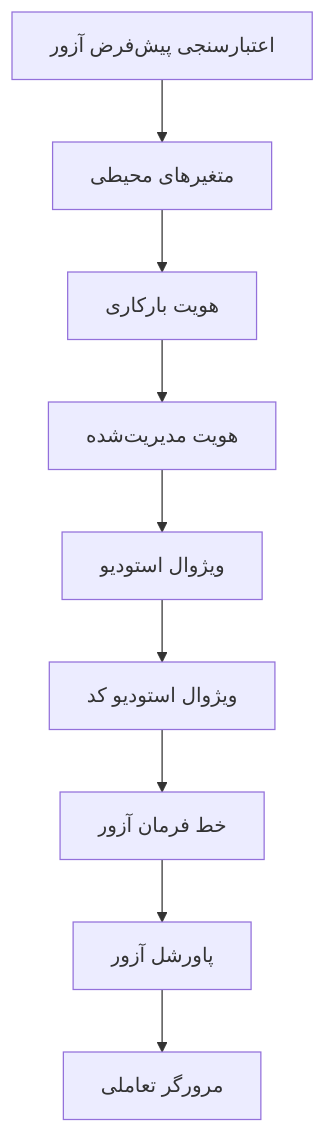
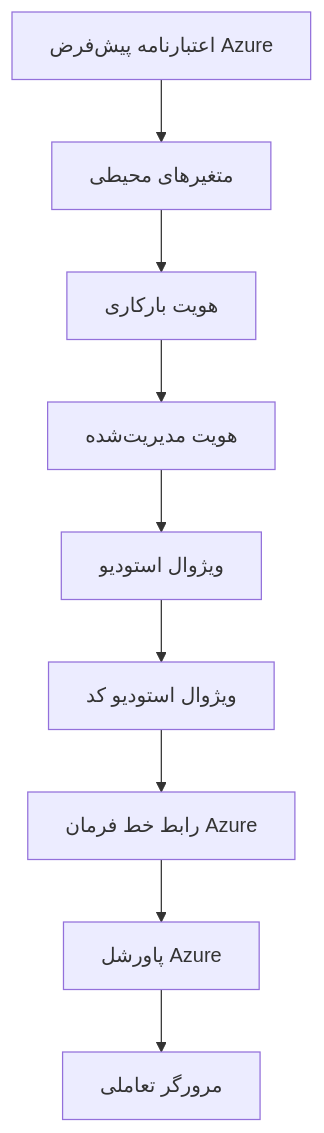
Before and after one commit to microsoft/AZD-for-beginners: the second of 2 diagrams in translations/fa/docs/chapter-01-foundation/azd-basics.md, drawn with Mermaid. The commit also changed other lines of this file and 101 other files, not shown here.

````diff
--- a/translations/fa/docs/chapter-01-foundation/azd-basics.md
+++ b/translations/fa/docs/chapter-01-foundation/azd-basics.md
@@ -558,11 +593,11 @@
 ```mermaid
 graph TD
-    A[اعتبارسنجی پیش‌فرض آزور] --> B[متغیرهای محیطی]
+    A[اعتبارنامه پیش‌فرض Azure] --> B[متغیرهای محیطی]
     B --> C[هویت بارکاری]
     C --> D[هویت مدیریت‌شده]
     D --> E[ویژوال استودیو]
     E --> F[ویژوال استودیو کد]
-    F --> G[خط فرمان آزور]
-    G --> H[پاورشل آزور]
+    F --> G[رابط خط فرمان Azure]
+    G --> H[پاورشل Azure]
     H --> I[مرورگر تعاملی]
 ```
````
